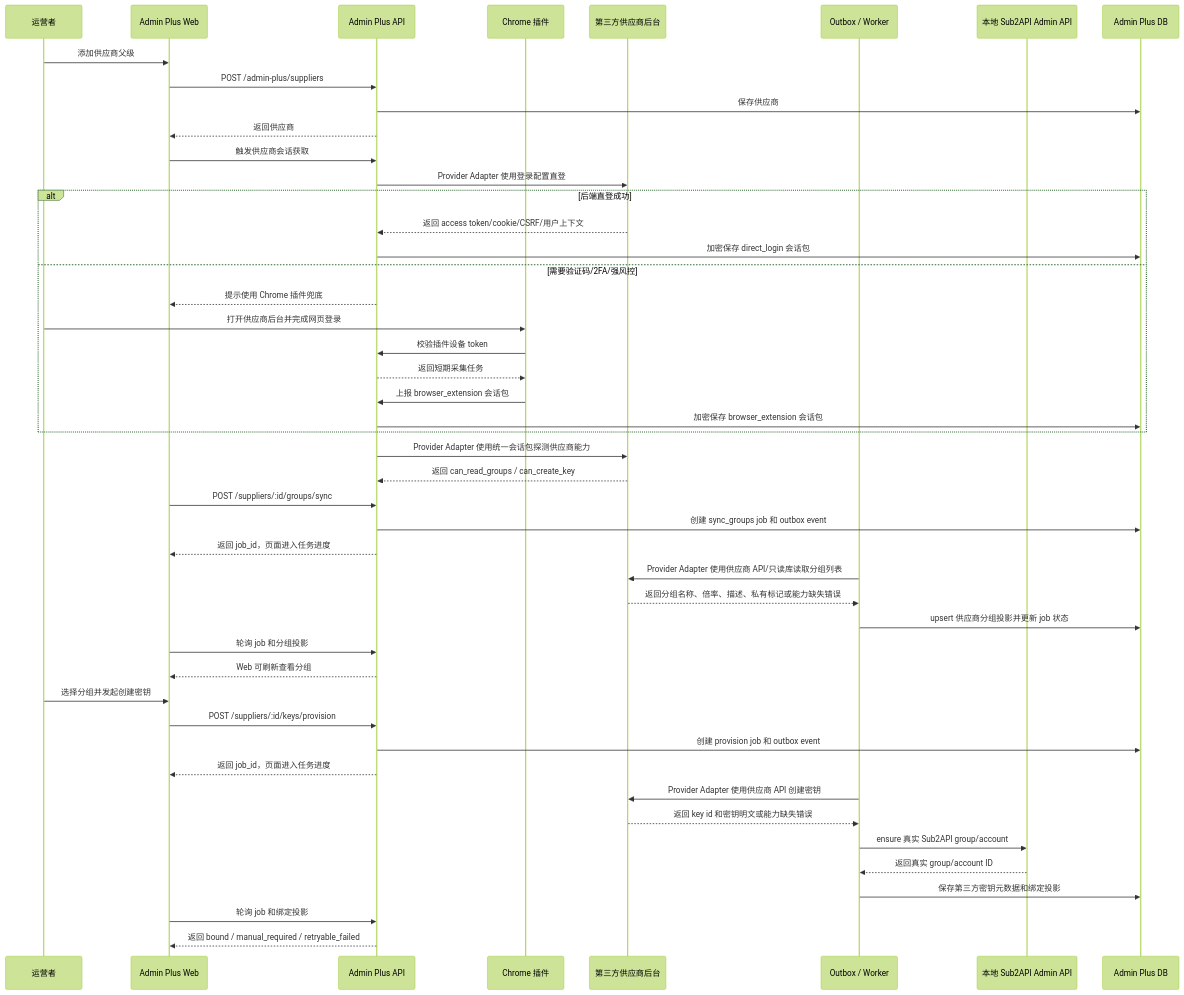
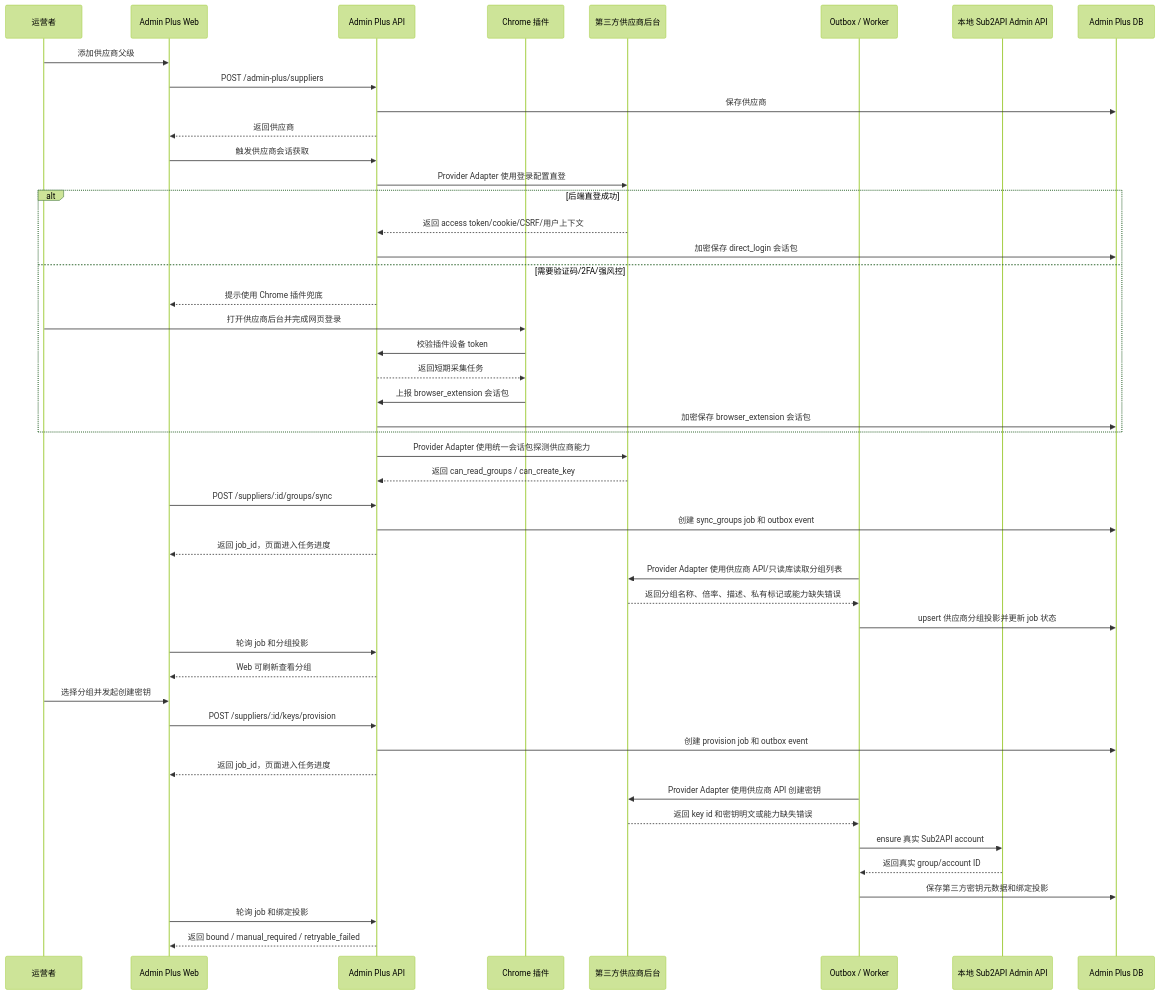
One commit to openrelayllm/superllm changed the sixth of 20 diagrams in docs/roadmap/accounts/README.md. Above: the diagram before and after it, drawn with Mermaid (forest theme). The commit also changed other lines of this file and 19 other files, not shown here.

````diff
--- a/docs/roadmap/accounts/README.md
+++ b/docs/roadmap/accounts/README.md
@@ -284,53 +284,53 @@
 ```mermaid
 sequenceDiagram
   participant O as 运营者
   participant W as Admin Plus Web
   participant A as Admin Plus API
   participant X as Chrome 插件
   participant S as 第三方供应商后台
   participant Q as Outbox / Worker
   participant L as 本地 Sub2API Admin API
   participant D as Admin Plus DB
 
   O->>W: 添加供应商父级
   W->>A: POST /admin-plus/suppliers
   A->>D: 保存供应商
   A-->>W: 返回供应商
 
   W->>A: 触发供应商会话获取
   A->>S: Provider Adapter 使用登录配置直登
   alt 后端直登成功
     S-->>A: 返回 access token/cookie/CSRF/用户上下文
     A->>D: 加密保存 direct_login 会话包
   else 需要验证码/2FA/强风控
     A-->>W: 提示使用 Chrome 插件兜底
     O->>X: 打开供应商后台并完成网页登录
     X->>A: 校验插件设备 token
     A-->>X: 返回短期采集任务
     X->>A: 上报 browser_extension 会话包
     A->>D: 加密保存 browser_extension 会话包
   end
   A->>S: Provider Adapter 使用统一会话包探测供应商能力
   S-->>A: 返回 can_read_groups / can_create_key
 
   W->>A: POST /suppliers/:id/groups/sync
   A->>D: 创建 sync_groups job 和 outbox event
   A-->>W: 返回 job_id，页面进入任务进度
   Q->>S: Provider Adapter 使用供应商 API/只读库读取分组列表
   S-->>Q: 返回分组名称、倍率、描述、私有标记或能力缺失错误
   Q->>D: upsert 供应商分组投影并更新 job 状态
   W->>A: 轮询 job 和分组投影
   A-->>W: Web 可刷新查看分组
 
   O->>W: 选择分组并发起创建密钥
   W->>A: POST /suppliers/:id/keys/provision
   A->>D: 创建 provision job 和 outbox event
   A-->>W: 返回 job_id，页面进入任务进度
   Q->>S: Provider Adapter 使用供应商 API 创建密钥
   S-->>Q: 返回 key id 和密钥明文或能力缺失错误
-  Q->>L: ensure 真实 Sub2API group/account
+  Q->>L: ensure 真实 Sub2API account
   L-->>Q: 返回真实 group/account ID
   Q->>D: 保存第三方密钥元数据和绑定投影
   W->>A: 轮询 job 和绑定投影
   A-->>W: 返回 bound / manual_required / retryable_failed
 ```
````
